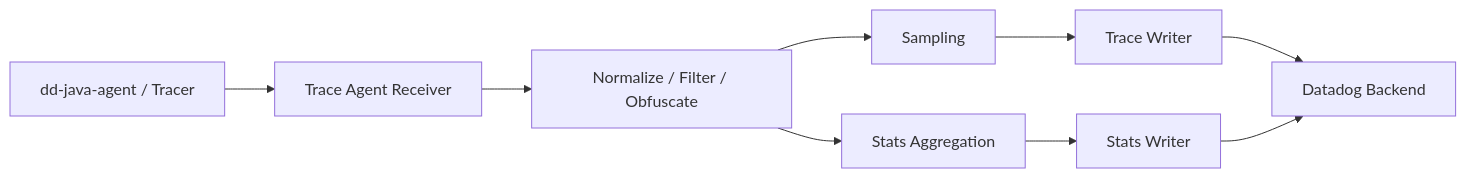
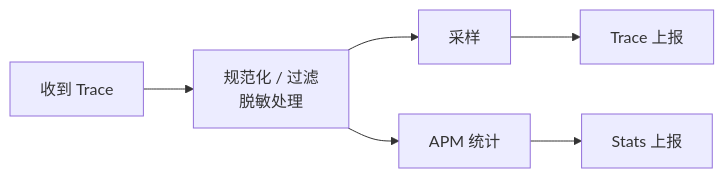
One commit to XiaoWeiKIN/Observability-Fieldnotes changed the third of 6 diagrams in docs/comparisons/datadog-agent-vs-otel-collector-daemonset.md. Above: the diagram before and after it, drawn with Mermaid. The commit also changed other lines of this file, not shown here.

Commit message:
docs(comparisons): rewrite Datadog and OTel Collector deployment comparison for readers

````diff
--- a/docs/comparisons/datadog-agent-vs-otel-collector-daemonset.md
+++ b/docs/comparisons/datadog-agent-vs-otel-collector-daemonset.md
@@ -96,11 +74,8 @@
-```mermaid
+~~~mermaid
 flowchart LR
-    J["dd-java-agent / Tracer"] --> R["Trace Agent Receiver"]
-    R --> P["Normalize / Filter / Obfuscate"]
-    P --> S["Sampling"]
-    P --> T["Stats Aggregation"]
-    S --> W1["Trace Writer"]
-    T --> W2["Stats Writer"]
-    W1 --> D["Datadog Backend"]
-    W2 --> D
-```
+    I["收到 Trace"] --> P["规范化 / 过滤<br/>脱敏处理"]
+    P --> S["采样"]
+    P --> M["APM 统计"]
+    S --> T["Trace 上报"]
+    M --> U["Stats 上报"]
+~~~
````
